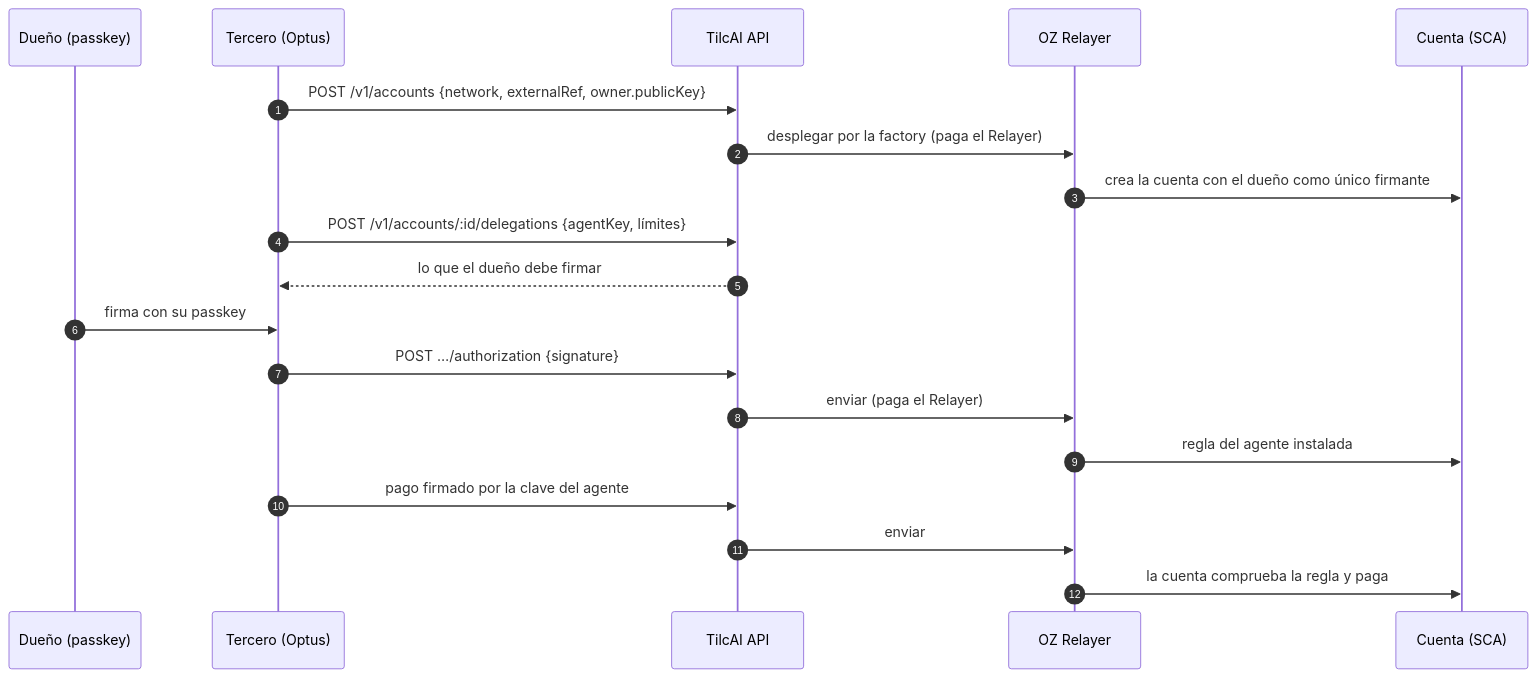
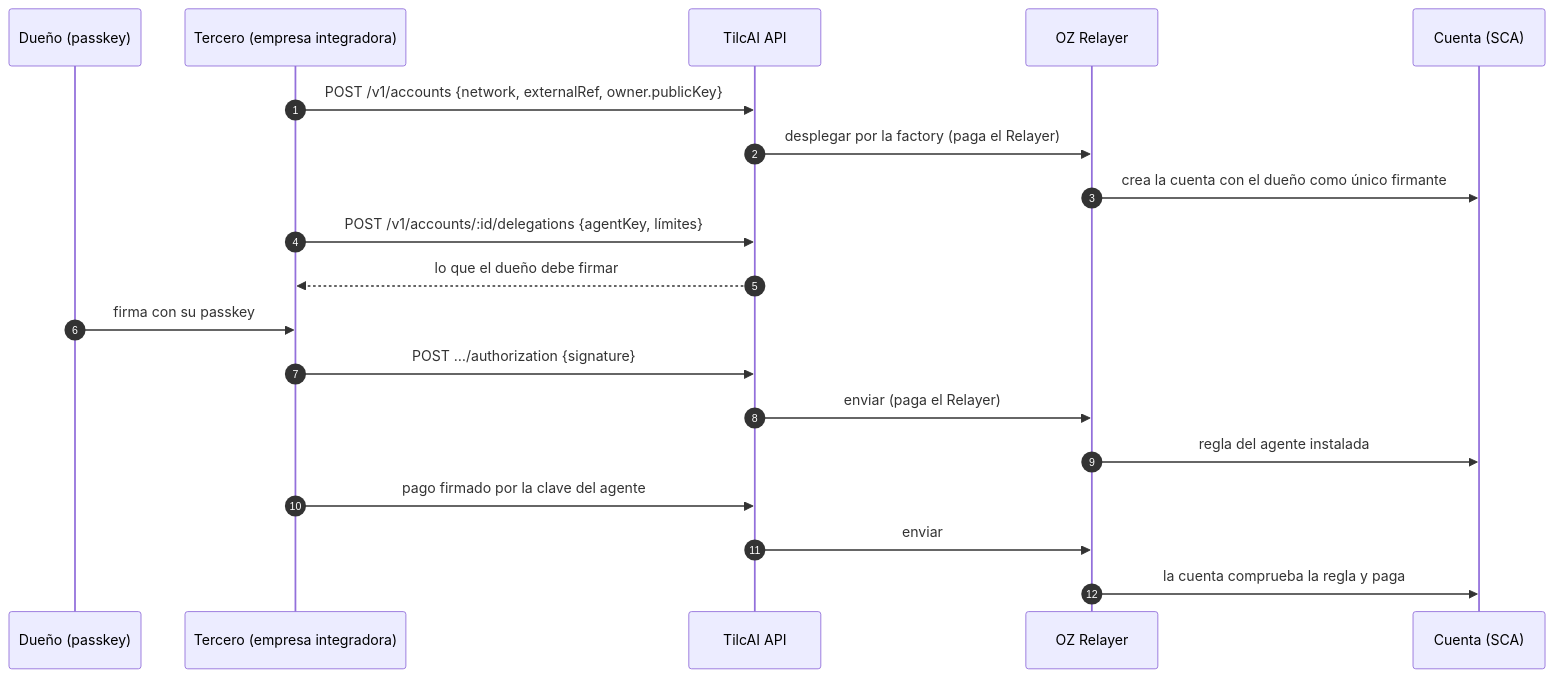
The first of 2 diagrams in TILCAI_FASE_SCA_EMISION_DE_CUENTAS_2026-10-06.md (TilcAI/documentation), drawn with Mermaid before and after one commit. The commit also changed other lines of this file and 1 other file, not shown here.

````diff
--- a/TILCAI_FASE_SCA_EMISION_DE_CUENTAS_2026-10-06.md
+++ b/TILCAI_FASE_SCA_EMISION_DE_CUENTAS_2026-10-06.md
@@ -112,21 +112,21 @@
 ```mermaid
 sequenceDiagram
     autonumber
     participant U as Dueño (passkey)
-    participant T as Tercero (Optus)
+    participant T as Tercero (empresa integradora)
     participant A as TilcAI API
     participant R as OZ Relayer
     participant C as Cuenta (SCA)
     T->>A: POST /v1/accounts {network, externalRef, owner.publicKey}
     A->>R: desplegar por la factory (paga el Relayer)
     R->>C: crea la cuenta con el dueño como único firmante
     T->>A: POST /v1/accounts/:id/delegations {agentKey, límites}
     A-->>T: lo que el dueño debe firmar
     U->>T: firma con su passkey
     T->>A: POST …/authorization {signature}
     A->>R: enviar (paga el Relayer)
     R->>C: regla del agente instalada
     T->>A: pago firmado por la clave del agente
     A->>R: enviar
     R->>C: la cuenta comprueba la regla y paga
 ```
````
